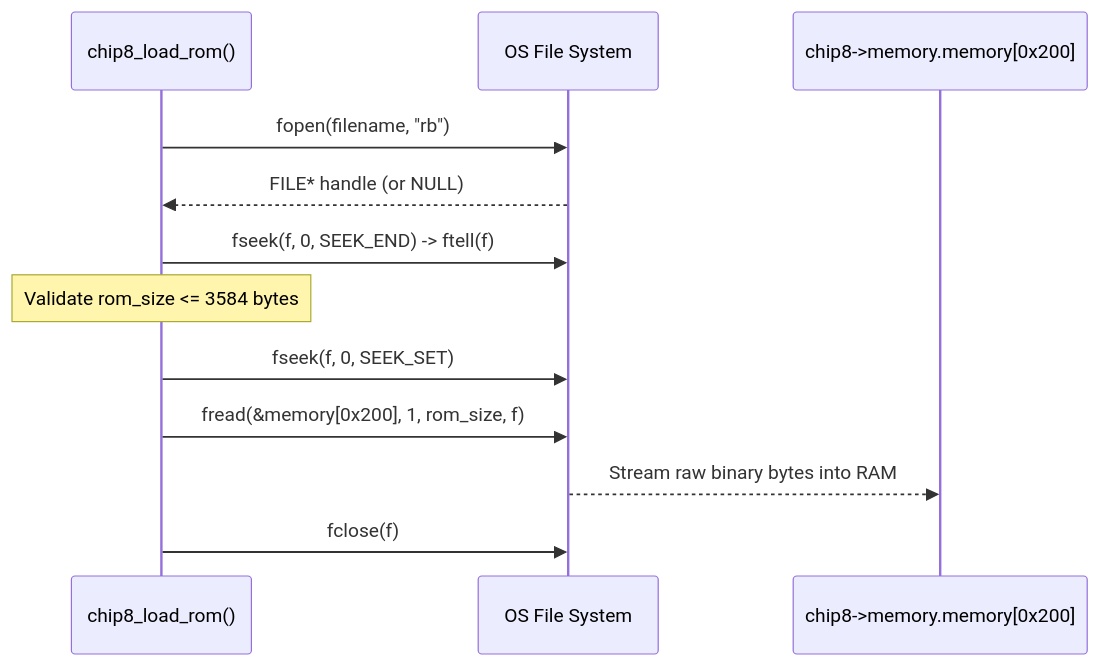
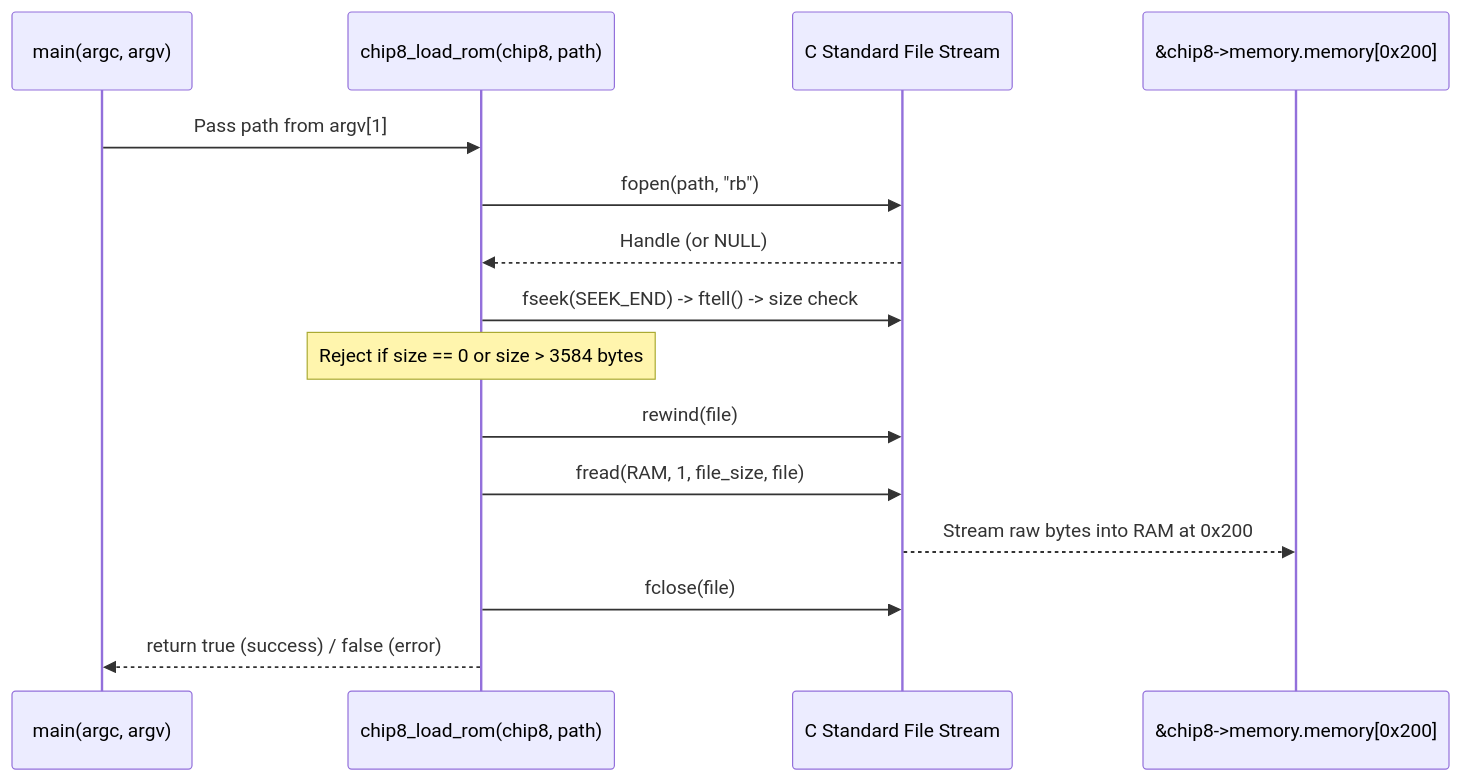
One commit to M0rfes/Notes changed the second of 2 diagrams in Teach/C17/Lessons/0002-binary-file-io-and-rom-loading.md. Above: the diagram before and after it, drawn with Mermaid. The commit also changed other lines of this file and 14 other files, not shown here.

````diff
--- a/Teach/C17/Lessons/0002-binary-file-io-and-rom-loading.md
+++ b/Teach/C17/Lessons/0002-binary-file-io-and-rom-loading.md
@@ -46,15 +49,18 @@
 ```mermaid
 sequenceDiagram
-    participant App as chip8_load_rom()
-    participant OS as OS File System
-    participant RAM as chip8->memory.memory[0x200]
+    participant CLI as main(argc, argv)
+    participant Loader as chip8_load_rom(chip8, path)
+    participant FS as C Standard File Stream
+    participant RAM as &chip8->memory.memory[0x200]
 
-    App->>OS: fopen(filename, "rb")
-    OS-->>App: FILE* handle (or NULL)
-    App->>OS: fseek(f, 0, SEEK_END) -> ftell(f)
-    Note over App: Validate rom_size <= 3584 bytes
-    App->>OS: fseek(f, 0, SEEK_SET)
-    App->>OS: fread(&memory[0x200], 1, rom_size, f)
-    OS-->>RAM: Stream raw binary bytes into RAM
-    App->>OS: fclose(f)
+    CLI->>Loader: Pass path from argv[1]
+    Loader->>FS: fopen(path, "rb")
+    FS-->>Loader: Handle (or NULL)
+    Loader->>FS: fseek(SEEK_END) -> ftell() -> size check
+    Note over Loader: Reject if size == 0 or size > 3584 bytes
+    Loader->>FS: rewind(file)
+    Loader->>FS: fread(RAM, 1, file_size, file)
+    FS-->>RAM: Stream raw bytes into RAM at 0x200
+    Loader->>FS: fclose(file)
+    Loader-->>CLI: return true (success) / false (error)
 ```
````
